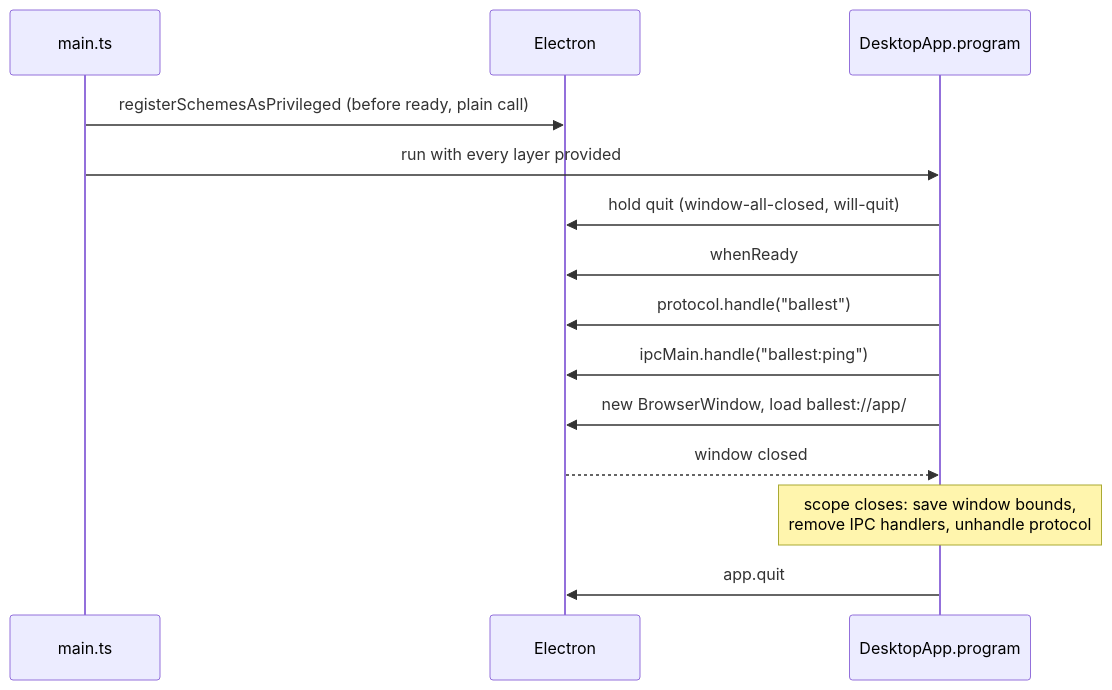
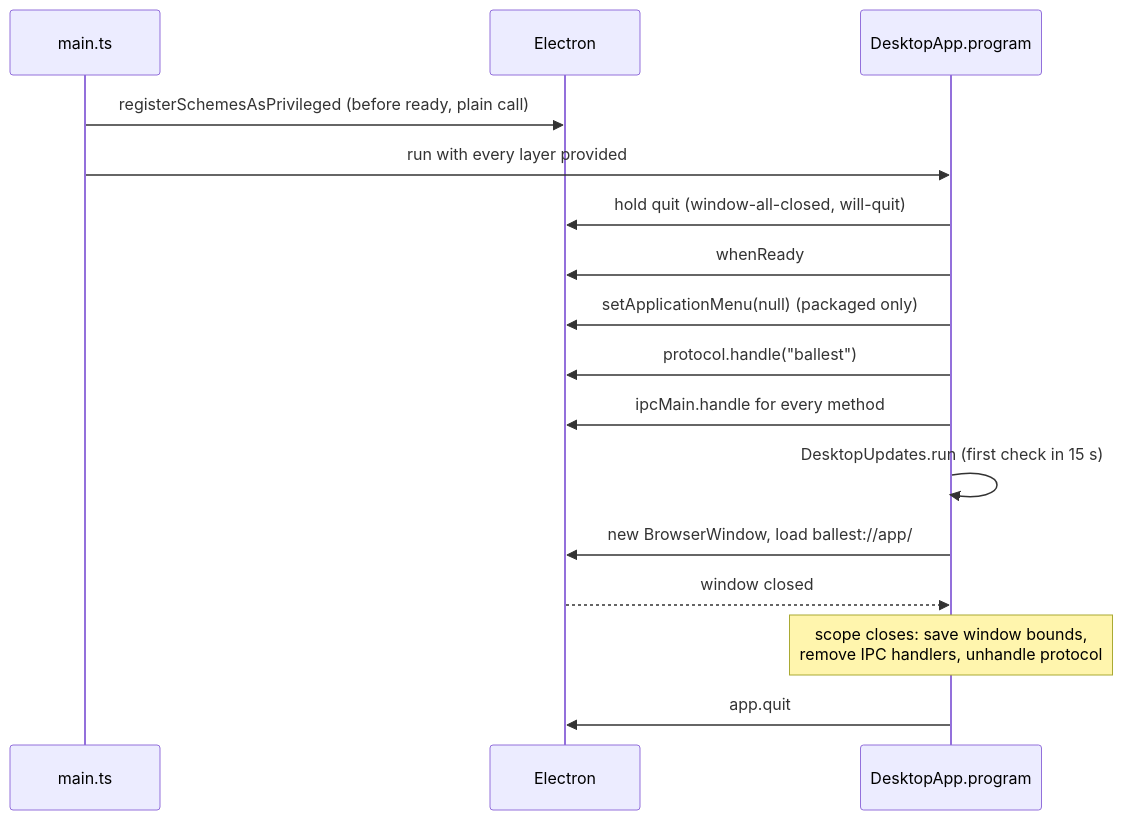
The second of 3 diagrams in apps/desktop/README.md (ballest-editor/ballest-editor), drawn with Mermaid before and after one commit. The commit also changed other lines of this file and 15 other files, not shown here.

````diff
--- a/apps/desktop/README.md
+++ b/apps/desktop/README.md
@@ -64,16 +86,18 @@
 ```mermaid
 sequenceDiagram
   participant M as main.ts
   participant E as Electron
   participant P as DesktopApp.program
   M->>E: registerSchemesAsPrivileged (before ready, plain call)
   M->>P: run with every layer provided
   P->>E: hold quit (window-all-closed, will-quit)
   P->>E: whenReady
+  P->>E: setApplicationMenu(null) (packaged only)
   P->>E: protocol.handle("ballest")
-  P->>E: ipcMain.handle("ballest:ping")
+  P->>E: ipcMain.handle for every method
+  P->>P: DesktopUpdates.run (first check in 15 s)
   P->>E: new BrowserWindow, load ballest://app/
   E-->>P: window closed
   Note over P: scope closes: save window bounds,<br/>remove IPC handlers, unhandle protocol
   P->>E: app.quit
 ```
````
